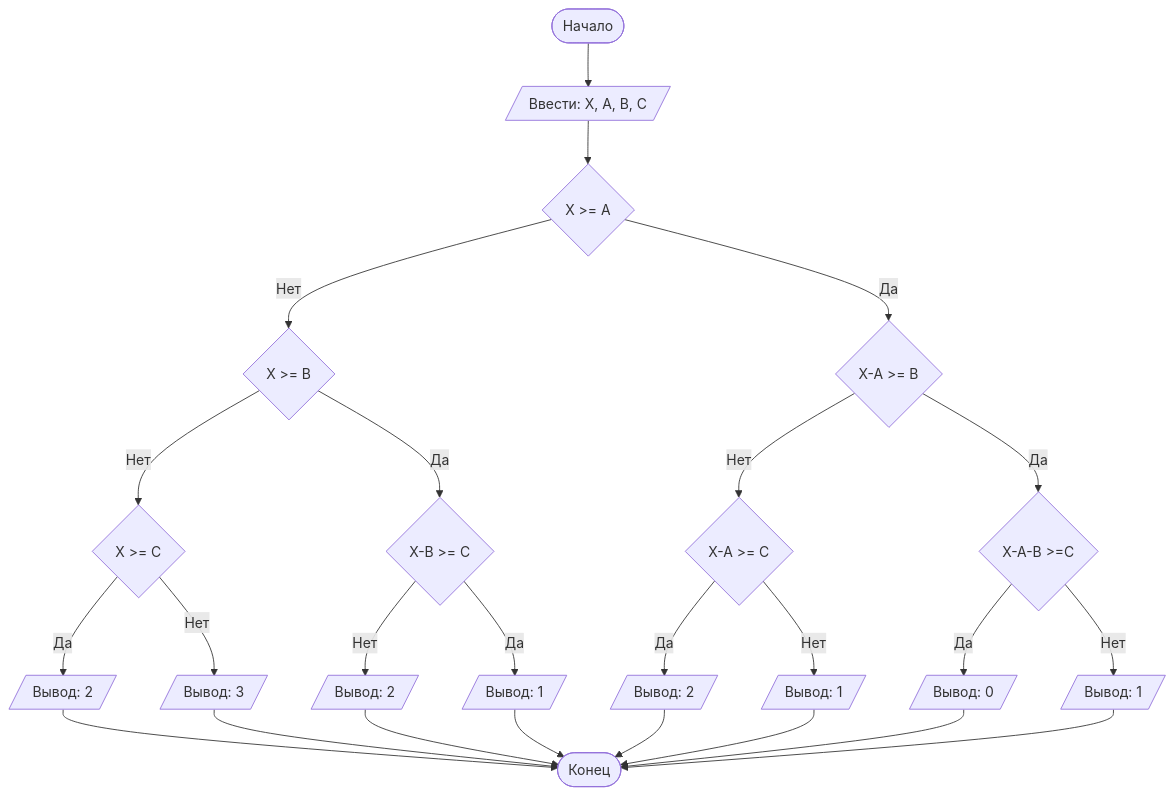
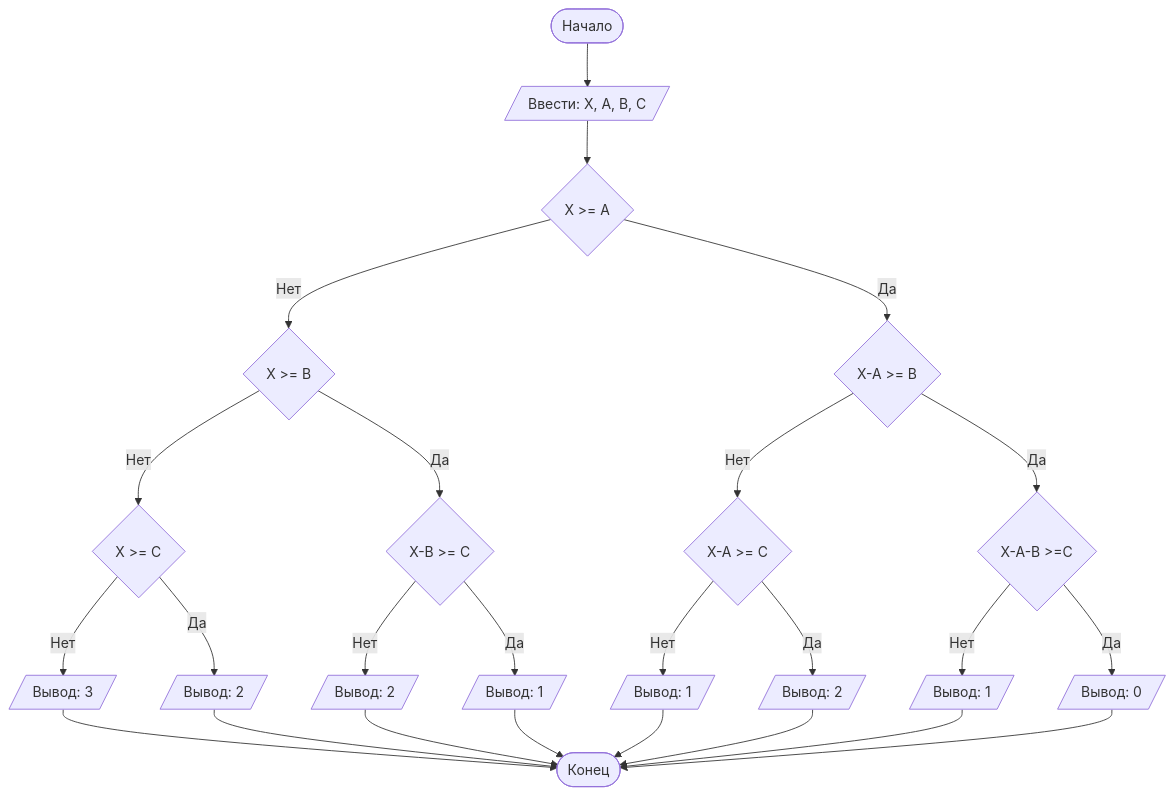
The diagram in README.md (glazachevavera/GlazachevaVeraLab), drawn with Mermaid before and after one commit. The commit also changed other lines of this file, not shown here.

````diff
--- a/README.md
+++ b/README.md
@@ -60,28 +60,28 @@
 ```mermaid
 graph TD
     A([Начало]) --> B[/Ввести: X, A, B, C/]
     B --> C{X >= A}
     C -- Нет --> D{X >= B}
     D -- Нет --> E{X >= C}
     E -- Нет --> F[/Вывод: 3/]
     E -- Да --> G[/Вывод: 2/]
     D -- Да --> H{X-B >= C}
     H -- Нет --> L[/Вывод: 2/]
     H -- Да --> M[/Вывод: 1/]
     C -- Да --> I{X-A >= B}
     I -- Нет --> J{X-A >= C}
     J -- Нет --> N[/Вывод: 1/]
     J -- Да --> K[/Вывод: 2/]
     I -- Да --> T{X-A-B >=C}
     T -- Нет --> R[/Вывод: 1/]
     T -- Да --> P[/Вывод: 0/]
+    F --> Z
     G --> Z
-    F --> Z
     L --> Z
     M --> Z
+    N --> Z
     K --> Z
-    N --> Z
-    P --> Z
-    R --> Z([Конец])
+    R --> Z
+    P --> Z([Конец])
 
 ```
````
